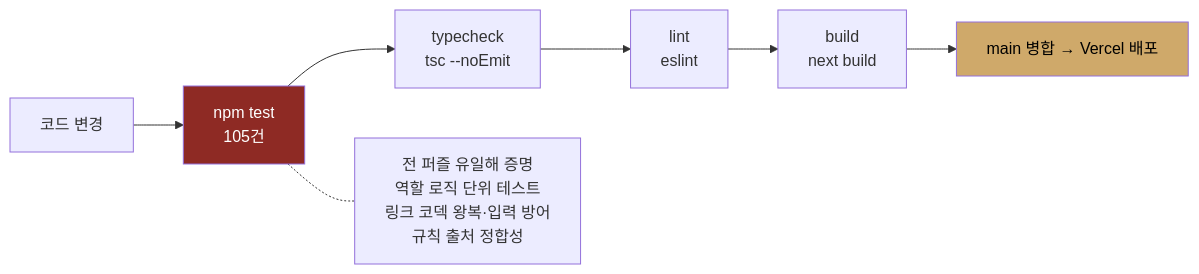
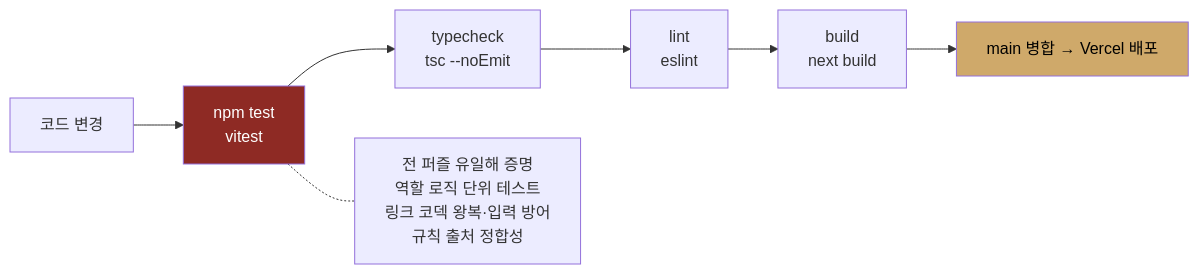
The eighth of 8 diagrams in docs/STACK.md (LeeSongHeon-LSH/clocktower-puzzles), drawn with Mermaid before and after one commit. The commit also changed other lines of this file and 11 other files, not shown here.

````diff
--- a/docs/STACK.md
+++ b/docs/STACK.md
@@ -220,13 +226,13 @@
 ```mermaid
 flowchart LR
-  C["코드 변경"] --> T1["npm test<br/>105건"]
+  C["코드 변경"] --> T1["npm test<br/>vitest"]
   T1 --> T2["typecheck<br/>tsc --noEmit"]
   T2 --> T3["lint<br/>eslint"]
   T3 --> T4["build<br/>next build"]
   T4 --> D["main 병합 → Vercel 배포"]
 
   T1 -.- N1["전 퍼즐 유일해 증명<br/>역할 로직 단위 테스트<br/>링크 코덱 왕복·입력 방어<br/>규칙 출처 정합성"]
 
   style T1 fill:#8e2a24,color:#fff
   style D fill:#cfa96a,color:#000
 ```
````
